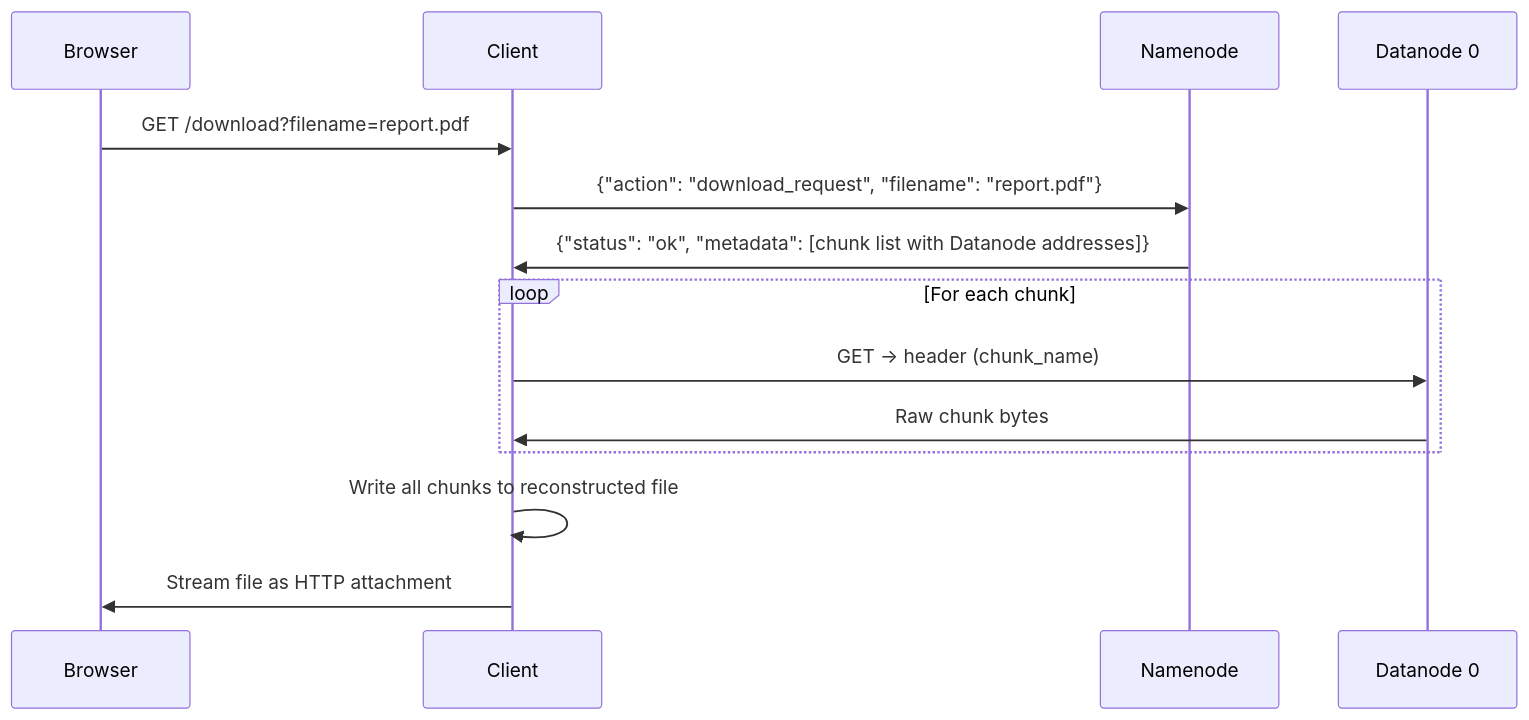
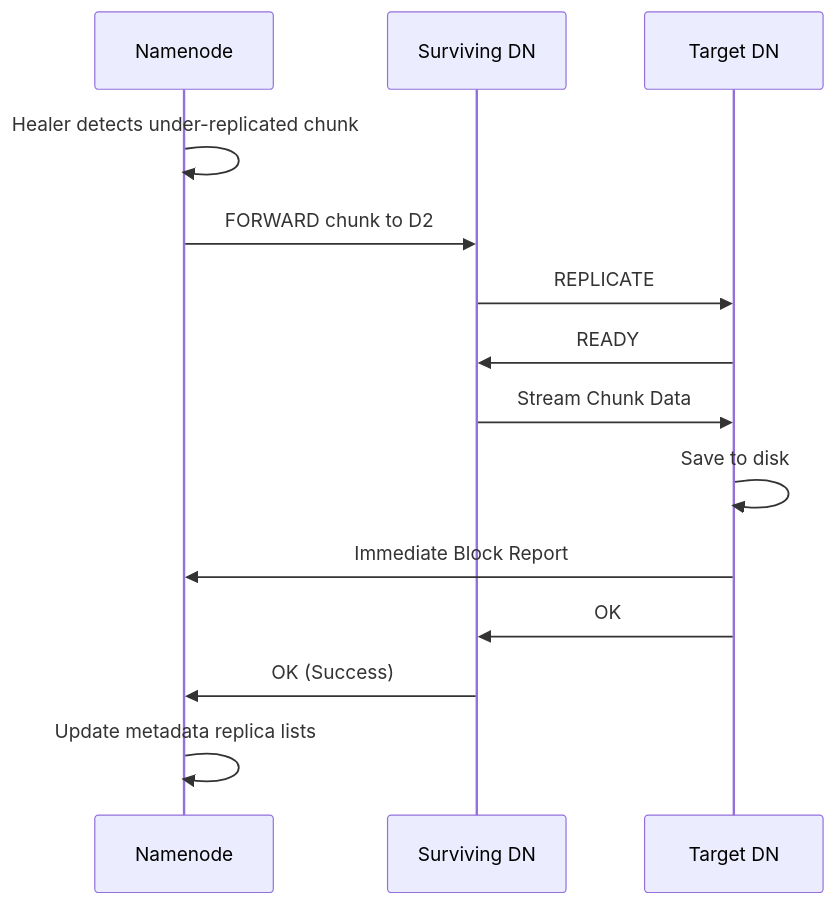
The third of 3 diagrams in README.md (Retesh07/Mini-HDFS-Simulation), drawn with Mermaid before and after one commit. The commit also changed other lines of this file and 13 other files, not shown here.

````diff
--- a/README.md
+++ b/README.md
@@ -145,17 +144,17 @@
 ```mermaid
 sequenceDiagram
-    participant B as Browser
-    participant C as Client
     participant N as Namenode
-    participant D0 as Datanode 0
+    participant D0 as Surviving DN
+    participant D2 as Target DN
 
-    B->>C: GET /download?filename=report.pdf
-    C->>N: {"action": "download_request", "filename": "report.pdf"}
-    N->>C: {"status": "ok", "metadata": [chunk list with Datanode addresses]}
-    loop For each chunk
-        C->>D0: GET → header (chunk_name)
-        D0->>C: Raw chunk bytes
-    end
-    C->>C: Write all chunks to reconstructed file
-    C->>B: Stream file as HTTP attachment
+    N->>N: Healer detects under-replicated chunk
+    N->>D0: FORWARD chunk to D2
+    D0->>D2: REPLICATE
+    D2->>D0: READY
+    D0->>D2: Stream Chunk Data
+    D2->>D2: Save to disk
+    D2->>N: Immediate Block Report
+    D2->>D0: OK
+    D0->>N: OK (Success)
+    N->>N: Update metadata replica lists
 ```
````
